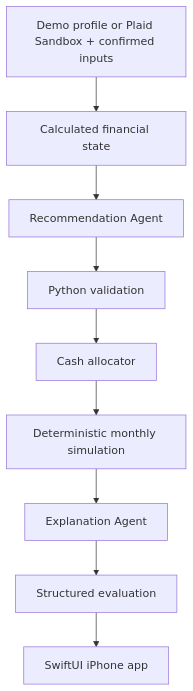
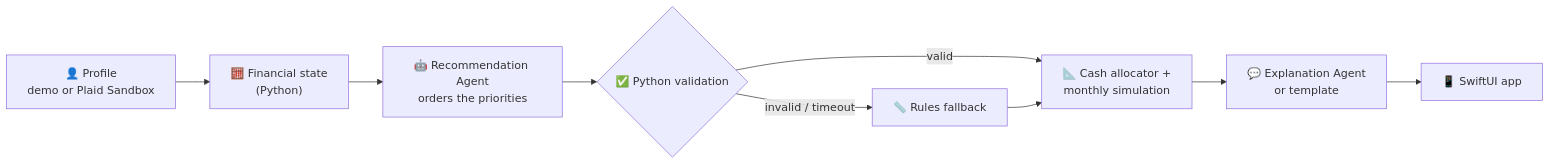
The diagram in README.md (TheCoderrrrr/HackUMBC), drawn with Mermaid before and after one commit. The commit also changed other lines of this file and 1 other file, not shown here.

````diff
--- a/README.md
+++ b/README.md
@@ -32,12 +87,10 @@
 ```mermaid
-flowchart TD
-    profileInput["Demo profile or Plaid Sandbox + confirmed inputs"] --> stateNode["Calculated financial state"]
-
-    stateNode --> recAgent["Recommendation Agent"]
-    recAgent --> validator["Python validation"]
-    validator --> allocator["Cash allocator"]
-    allocator --> simulation["Deterministic monthly simulation"]
-    simulation --> explainAgent["Explanation Agent"]
-    explainAgent --> evaluation["Structured evaluation"]
-    evaluation --> phone["SwiftUI iPhone app"]
+flowchart LR
+    P["👤 Profile<br/>demo or Plaid Sandbox"] --> S["🧮 Financial state<br/>(Python)"]
+    S --> R["🤖 Recommendation Agent<br/>orders the priorities"]
+    R --> V{"✅ Python validation"}
+    V -- valid --> E["📐 Cash allocator +<br/>monthly simulation"]
+    V -- invalid / timeout --> F["📏 Rules fallback"] --> E
+    E --> X["💬 Explanation Agent<br/>or template"]
+    X --> A["📱 SwiftUI app"]
 ```
````
